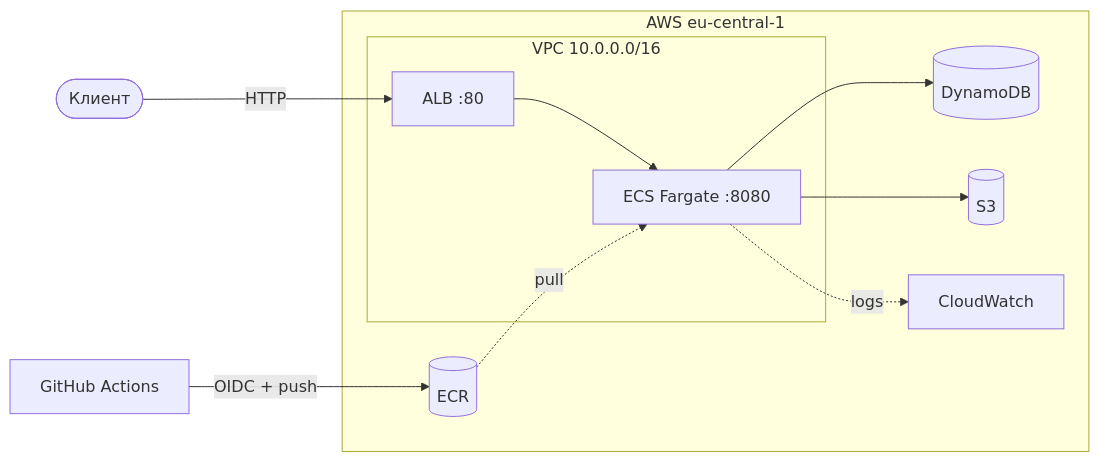
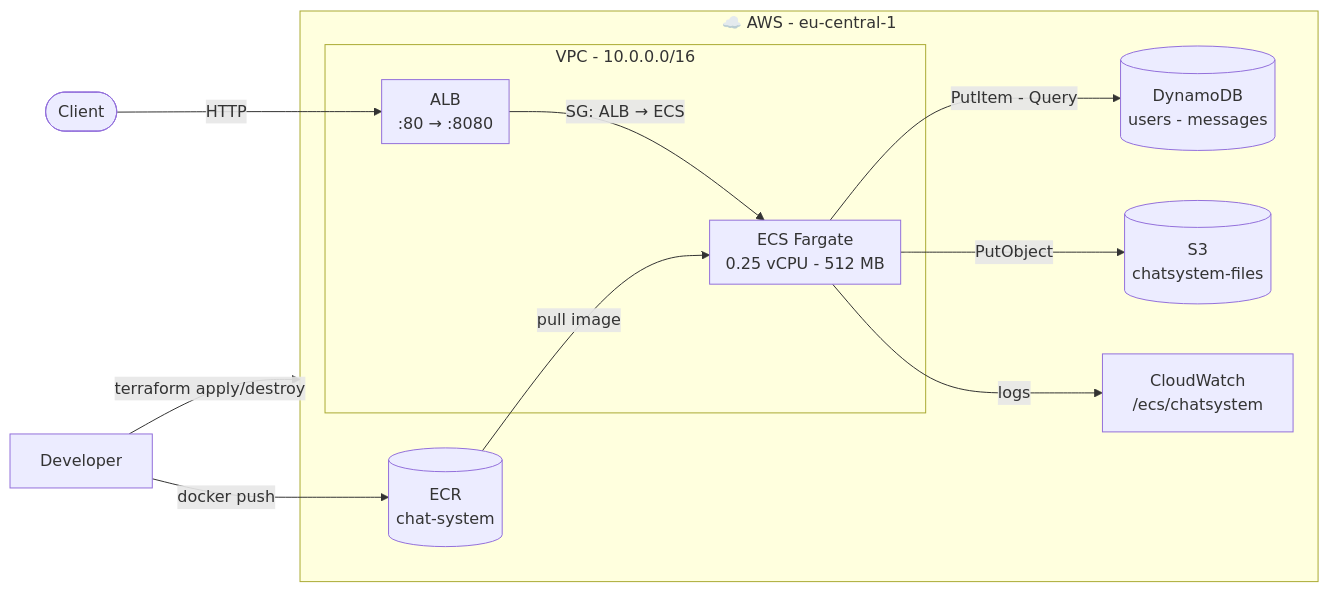
Before and after one commit to alexe0110/ChatSystem: the diagram in README.md, drawn with Mermaid. The commit also changed other lines of this file and 1 other file, not shown here.

Commit message:
схема

````diff
--- a/README.md
+++ b/README.md
@@ -9,25 +9,24 @@
 ```mermaid
 flowchart LR
-    Client([Клиент])
+    Dev["Developer"]
+    Client([Client])
 
-    subgraph AWS ["AWS eu-central-1"]
-        subgraph VPC ["VPC 10.0.0.0/16"]
-            ALB[ALB :80]
-            ECS[ECS Fargate :8080]
-            ALB --> ECS
+    subgraph AWS ["☁️ AWS - eu-central-1"]
+        subgraph VPC ["VPC - 10.0.0.0/16"]
+            subgraph ALB["ALB\n:80 → :8080"]
+            end
+            subgraph ECS["ECS Fargate\n0.25 vCPU - 512 MB"]
+            end
+            ALB -->|"SG: ALB → ECS"| ECS
         end
 
-        ECR[(ECR)]
-        DynamoDB[(DynamoDB)]
-        S3[(S3)]
-        CW[CloudWatch]
-
-        ECR -.->|pull| ECS
-        ECS --> DynamoDB
-        ECS --> S3
-        ECS -.->|logs| CW
+        ECS -->|"PutItem - Query"| DDB[(DynamoDB\nusers - messages)]
+        ECS -->|"PutObject"| S3[(S3\nchatsystem-files)]
+        ECS -->|logs| CW[CloudWatch\n/ecs/chatsystem]
+        ECR[(ECR\nchat-system)] -->|"pull image"| ECS
     end
 
     Client -->|HTTP| ALB
-    GHA[GitHub Actions] -->|OIDC + push| ECR
+    Dev -->|"docker push"| ECR
+    Dev -->|"terraform apply/destroy"| AWS
 ```
````
